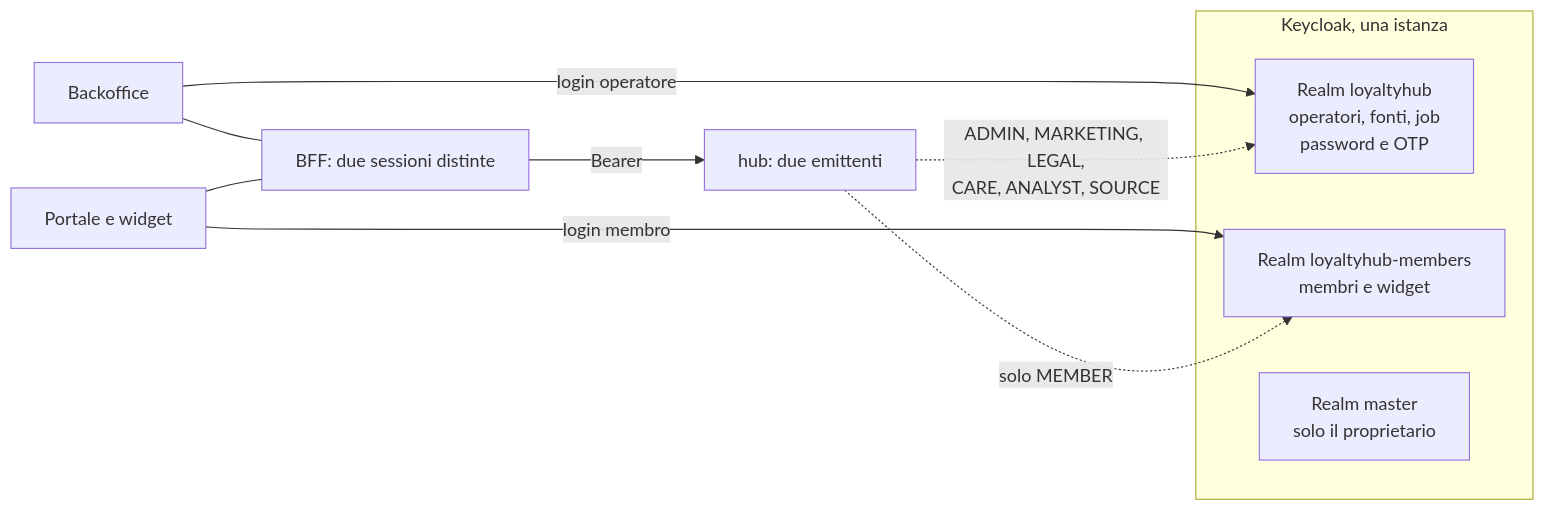
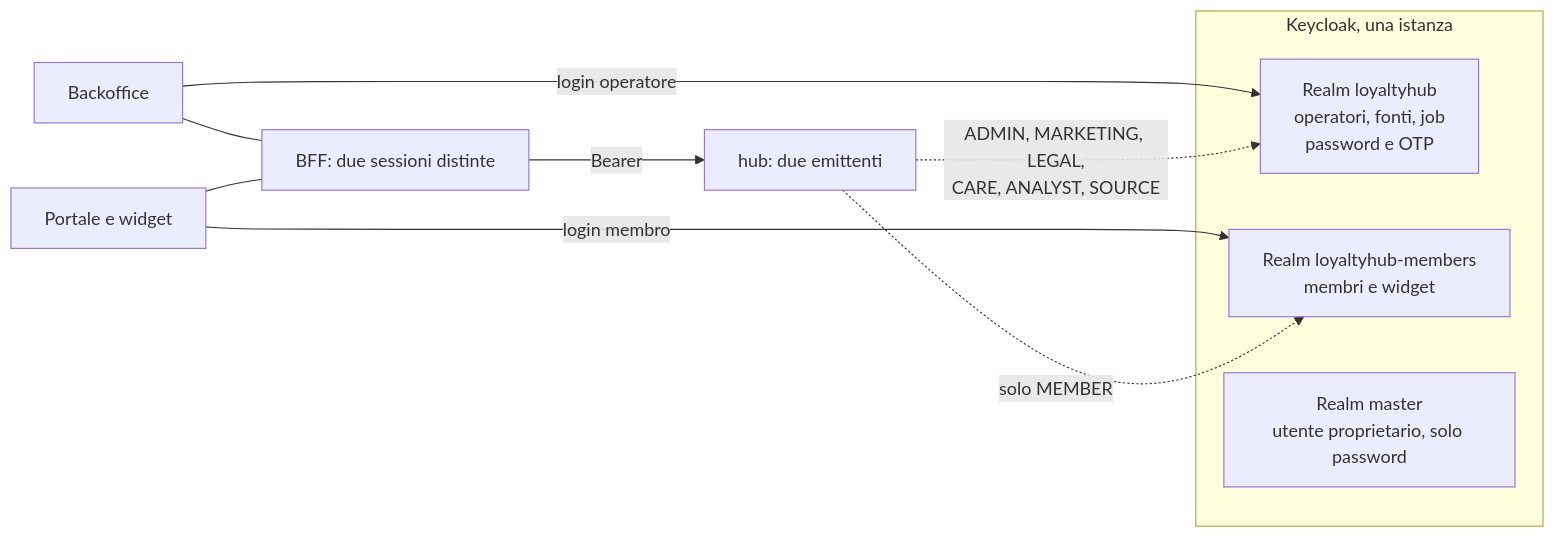
The fourth of 11 diagrams in concetti/vetrina-enterprise.mdx (peppe-ruv/Loyalty_Sys), drawn with Mermaid before and after one commit. The commit also changed other lines of this file and 21 other files, not shown here.

````diff
--- a/concetti/vetrina-enterprise.mdx
+++ b/concetti/vetrina-enterprise.mdx
@@ -111,17 +112,17 @@
 ```mermaid
 flowchart LR
   accTitle: Due realm di Keycloak nella vetrina enterprise
-  accDescr: Il backoffice usa il realm loyaltyhub, dove stanno operatori, fonti e job con OTP obbligatoria; il portale e i widget usano il realm loyaltyhub-members, dove stanno i membri. Il BFF tiene due sessioni distinte. L'hub accetta i token dei due emittenti e da ciascuno solo i suoi ruoli. Le console dei due realm sono pubbliche con amministratori di test limitati, la console master resta privata. Tra i due realm non c'è alcun collegamento.
+  accDescr: Il backoffice usa il realm loyaltyhub, dove stanno operatori, fonti e job con OTP obbligatoria; il portale e i widget usano il realm loyaltyhub-members, dove stanno i membri. Il BFF tiene due sessioni distinte. L'hub accetta i token dei due emittenti e da ciascuno solo i suoi ruoli. Le console dei due realm sono pubbliche con amministratori di test limitati, la console master si apre solo con la password del proprietario. Tra i due realm non c'è alcun collegamento.
   subgraph KC[Keycloak, una istanza]
     RO[Realm loyaltyhub<br/>operatori, fonti, job<br/>password e OTP]
     RM[Realm loyaltyhub-members<br/>membri e widget]
-    MA[Realm master<br/>solo il proprietario]
+    MA[Realm master<br/>utente proprietario, solo password]
   end
   BO[Backoffice] -->|login operatore| RO
   PT[Portale e widget] -->|login membro| RM
   BO --- BFF[BFF: due sessioni distinte]
   PT --- BFF
   BFF -->|Bearer| H[hub: due emittenti]
   H -.->|ADMIN, MARKETING, LEGAL,<br/>CARE, ANALYST, SOURCE| RO
   H -.->|solo MEMBER| RM
 ```
````
